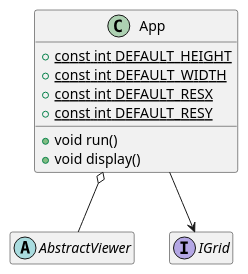
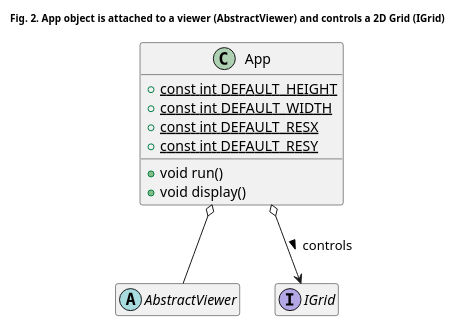
Before and after one commit to kanmeugne/kanmeugne.github.io: the second of 5 diagrams in _posts/modsim/2020-09-29-sfml-2d-grid.md, drawn with PlantUML. The commit also changed other lines of this file and 2 other files, not shown here.

Commit message:
improve graphics and article structure

```diff
--- a/_posts/modsim/2020-09-29-sfml-2d-grid.md
+++ b/_posts/modsim/2020-09-29-sfml-2d-grid.md
@@ -119,19 +114,20 @@
 {% plantuml %}
 @startuml
+title: <size:10>Fig. 2. App object is attached to a viewer (AbstractViewer) and controls a 2D Grid (IGrid)</size>
 class App {
     + {static} const int DEFAULT_HEIGHT
     + {static} const int DEFAULT_WIDTH
     + {static} const int DEFAULT_RESX
     + {static} const int DEFAULT_RESY
     + void run()
     + void display()
 }
 abstract class AbstractViewer
 interface IGrid
 App o-- AbstractViewer
-App --> IGrid
+App o--> IGrid : controls >
 hide IGrid members
 hide AbstractViewer members
 
 @enduml
 {% endplantuml %}
```
